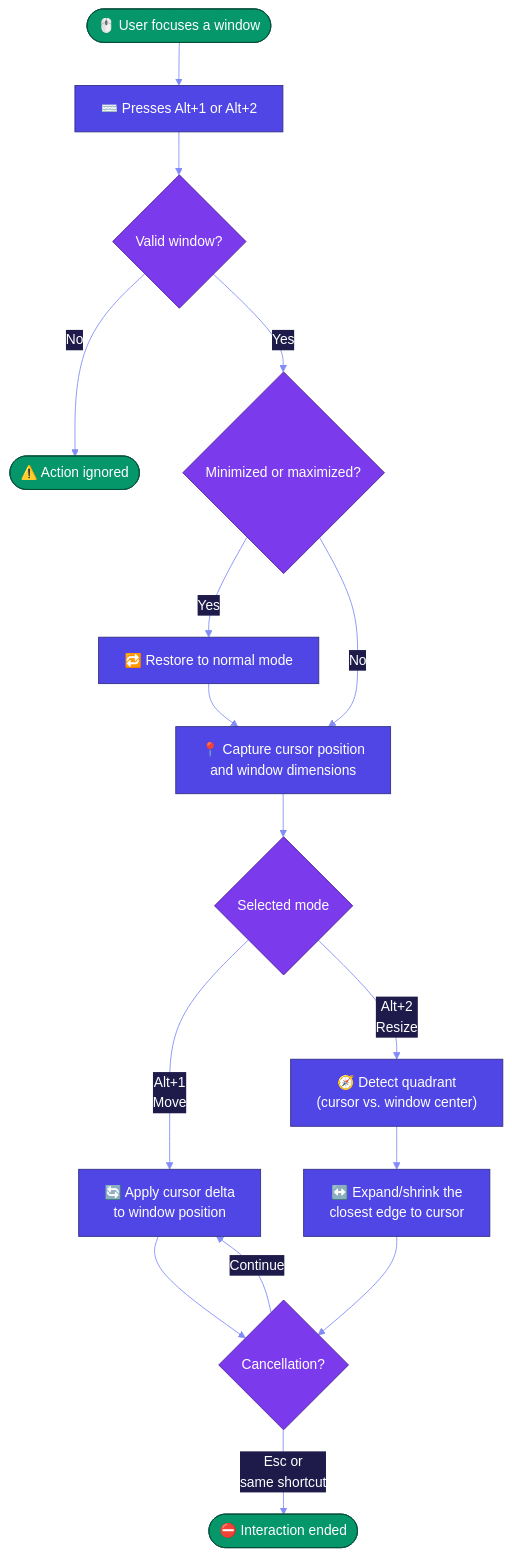
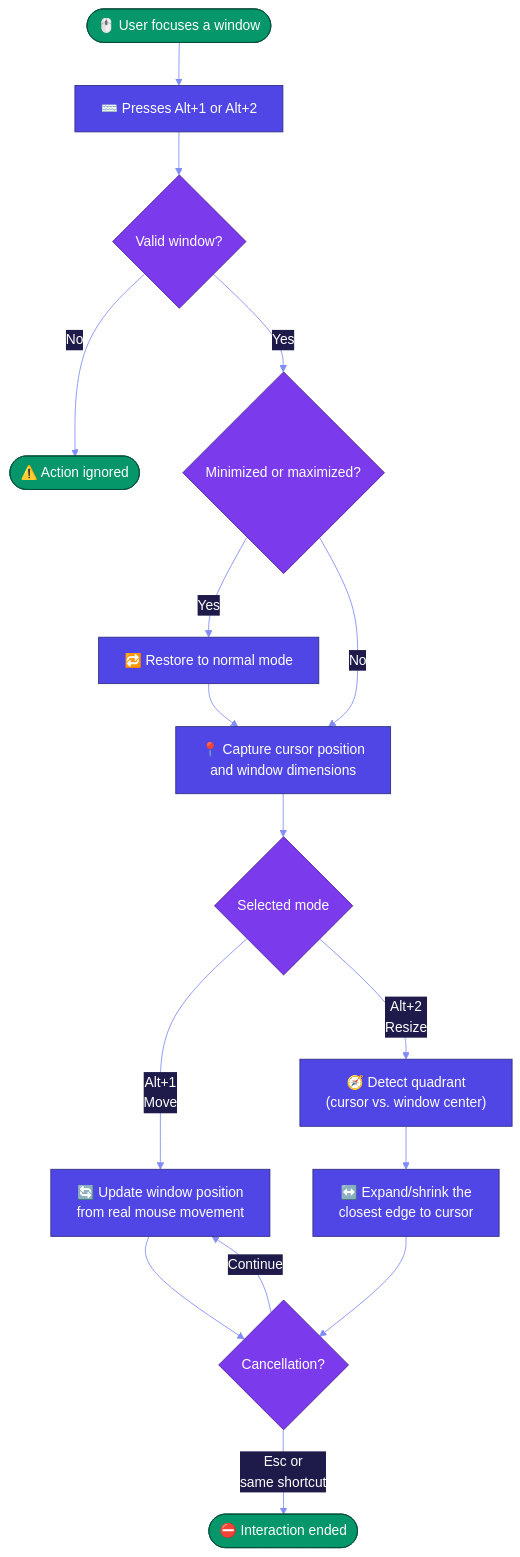
Before and after one commit to Igor-Scalzer010/WindowsResize: the second of 3 diagrams in README.md, drawn with Mermaid. The commit also changed other lines of this file, not shown here.

Commit message:
Update README.md to enhance feature descriptions and clarify mouse interaction behavior

````diff
--- a/README.md
+++ b/README.md
@@ -86,44 +86,44 @@
 ```mermaid
 %%{init: {
   'theme': 'base',
   'themeVariables': {
     'primaryColor': '#4f46e5',
     'primaryTextColor': '#ffffff',
     'primaryBorderColor': '#312e81',
     'lineColor': '#818cf8',
     'secondaryColor': '#1e1b4b',
     'tertiaryColor': '#312e81',
     'tertiaryTextColor': '#c7d2fe',
     'clusterBkg': '#0f172a',
     'clusterBorder': '#4f46e5',
     'titleColor': '#c7d2fe'
   }
 }}%%
 flowchart TD
     classDef step   fill:#4f46e5,stroke:#312e81,color:#fff
     classDef cond   fill:#7c3aed,stroke:#4c1d95,color:#fff
     classDef done   fill:#059669,stroke:#064e3b,color:#fff
     classDef stop   fill:#be123c,stroke:#881337,color:#fff
 
     A([🖱️ User focuses a window]) --> B["⌨️ Presses Alt+1 or Alt+2"]
     B --> C{Valid window?}
     C -- No --> Z1([⚠️ Action ignored])
     C -- Yes --> D{Minimized or maximized?}
     D -- Yes --> E["🔁 Restore to normal mode"]
     D -- No --> F
     E --> F["📍 Capture cursor position\nand window dimensions"]
     F --> G{Selected mode}
 
-    G -- Alt+1\nMove --> H["🔄 Apply cursor delta\nto window position"]
+    G -- Alt+1\nMove --> H["🔄 Update window position\nfrom real mouse movement"]
     G -- Alt+2\nResize --> I["🧭 Detect quadrant\n(cursor vs. window center)"]
     I --> J["↔️ Expand/shrink the\nclosest edge to cursor"]
 
     H --> K{Cancellation?}
     J --> K
     K -- Esc or\nsame shortcut --> L(["⛔ Interaction ended"])
     K -- Continue --> H
 
     class A,Z1,L done
     class B,E,F,H,I,J step
     class C,D,G,K cond
 ```
````
